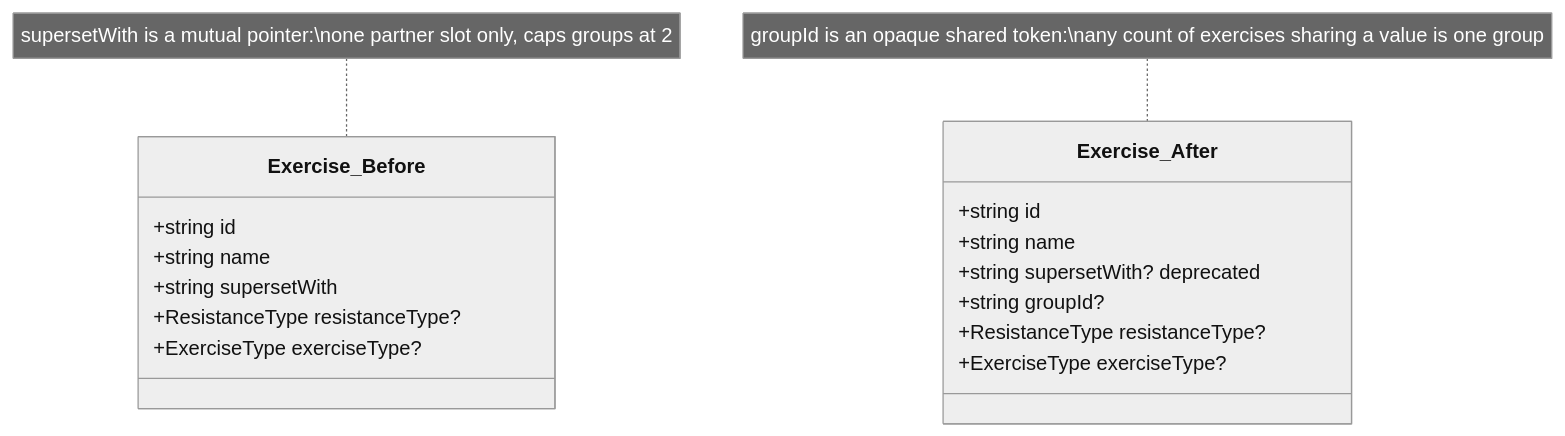
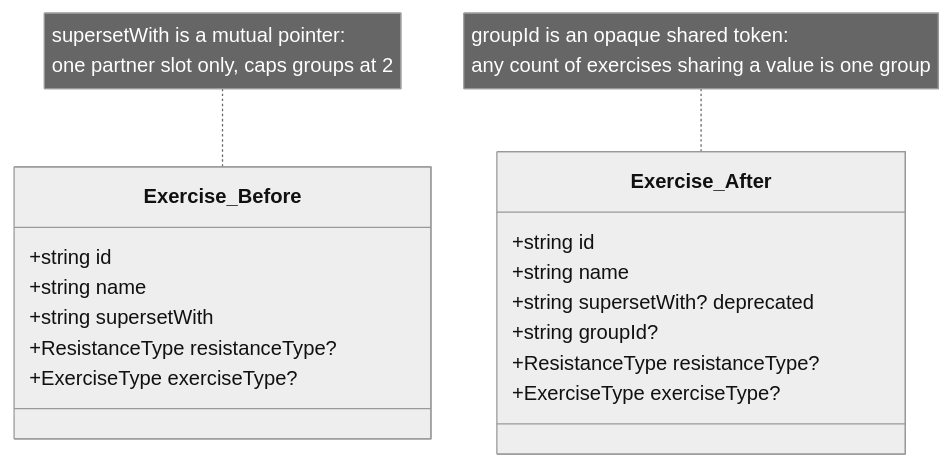
The fourth of 4 diagrams in docs/2026-09-26-Circuit-Exercise-Groups.edd.md (hk0i/irontrack), drawn with Mermaid (neutral theme) before and after one commit. The commit also changed other lines of this file, not shown here.

Commit message:
[docs] fix: professionalize EDD tone, fix mermaid note line breaks, clarify circuit ordering scope

````diff
--- a/docs/2026-09-26-Circuit-Exercise-Groups.edd.md
+++ b/docs/2026-09-26-Circuit-Exercise-Groups.edd.md
@@ -82,20 +82,20 @@
 ```mermaid
 classDiagram
     class Exercise_Before {
       +string id
       +string name
       +string supersetWith
       +ResistanceType resistanceType?
       +ExerciseType exerciseType?
     }
     class Exercise_After {
       +string id
       +string name
       +string supersetWith? deprecated
       +string groupId?
       +ResistanceType resistanceType?
       +ExerciseType exerciseType?
     }
-    note for Exercise_Before "supersetWith is a mutual pointer:\none partner slot only, caps groups at 2"
-    note for Exercise_After "groupId is an opaque shared token:\nany count of exercises sharing a value is one group"
+    note for Exercise_Before "supersetWith is a mutual pointer:<br/>one partner slot only, caps groups at 2"
+    note for Exercise_After "groupId is an opaque shared token:<br/>any count of exercises sharing a value is one group"
 ```
````
